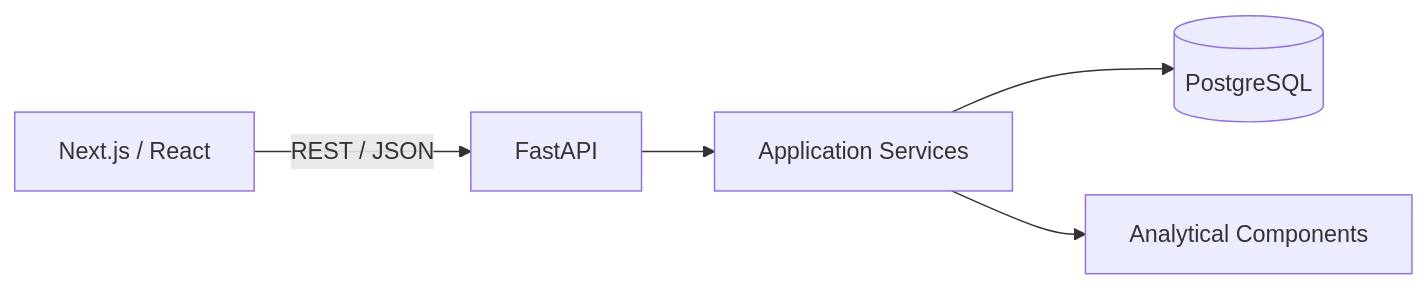
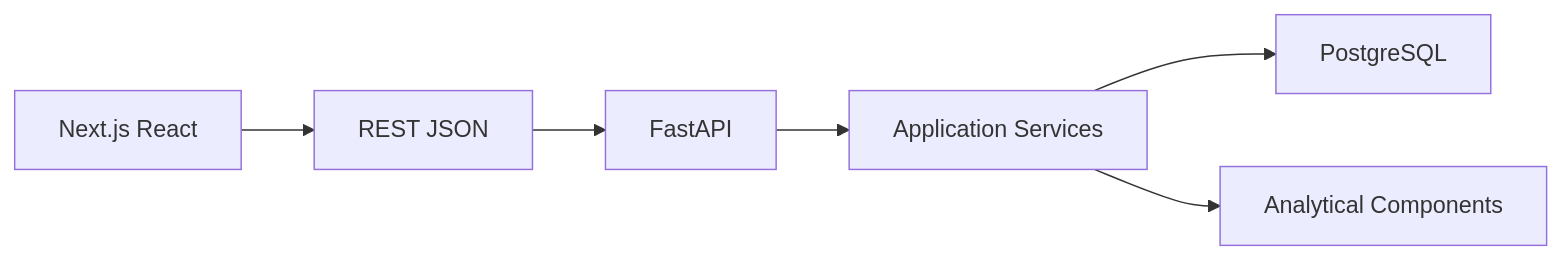
Diagram 12 of 17 in README.md (the-nidhi-bhat/mplads-sentinel), drawn with Mermaid before and after one commit. The commit also changed other lines of this file, not shown here.

````diff
--- a/README.md
+++ b/README.md
@@ -461,7 +461,8 @@
 ```mermaid
-flowchart LR
-    A["Next.js / React"] -->|REST / JSON| B["FastAPI"]
-    B --> C["Application Services"]
-    C --> D[("PostgreSQL")]
-    C --> E["Analytical Components"]
+graph LR
+    A[Next.js React] --> B[REST JSON]
+    B --> C[FastAPI]
+    C --> D[Application Services]
+    D --> E[PostgreSQL]
+    D --> F[Analytical Components]
 ```
````
